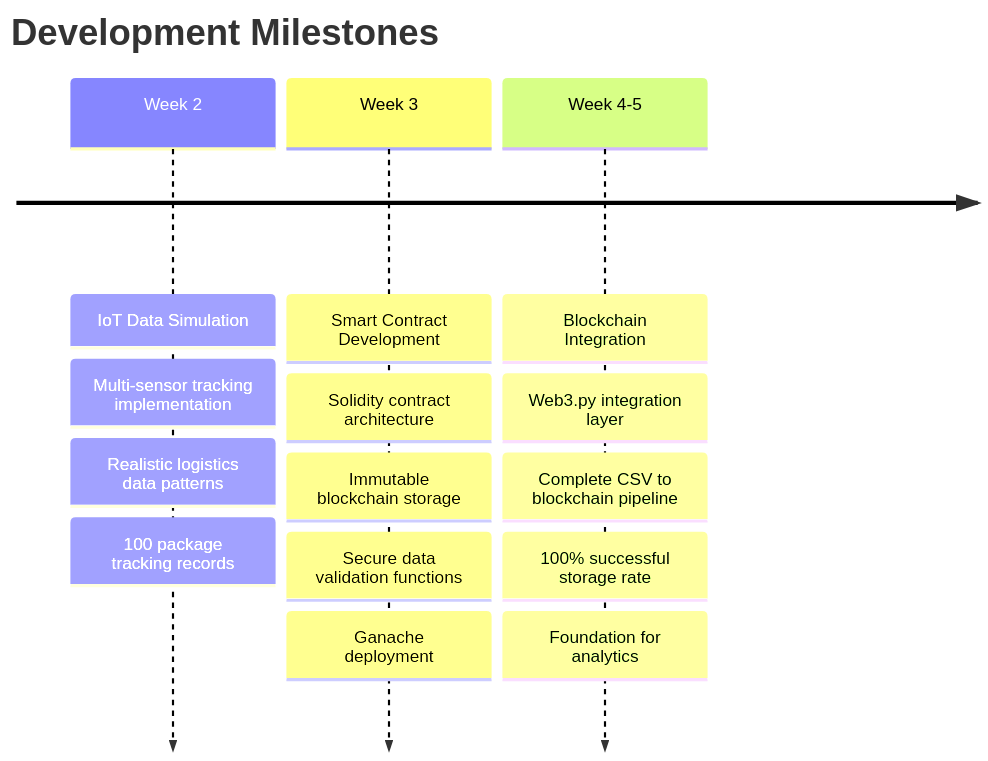
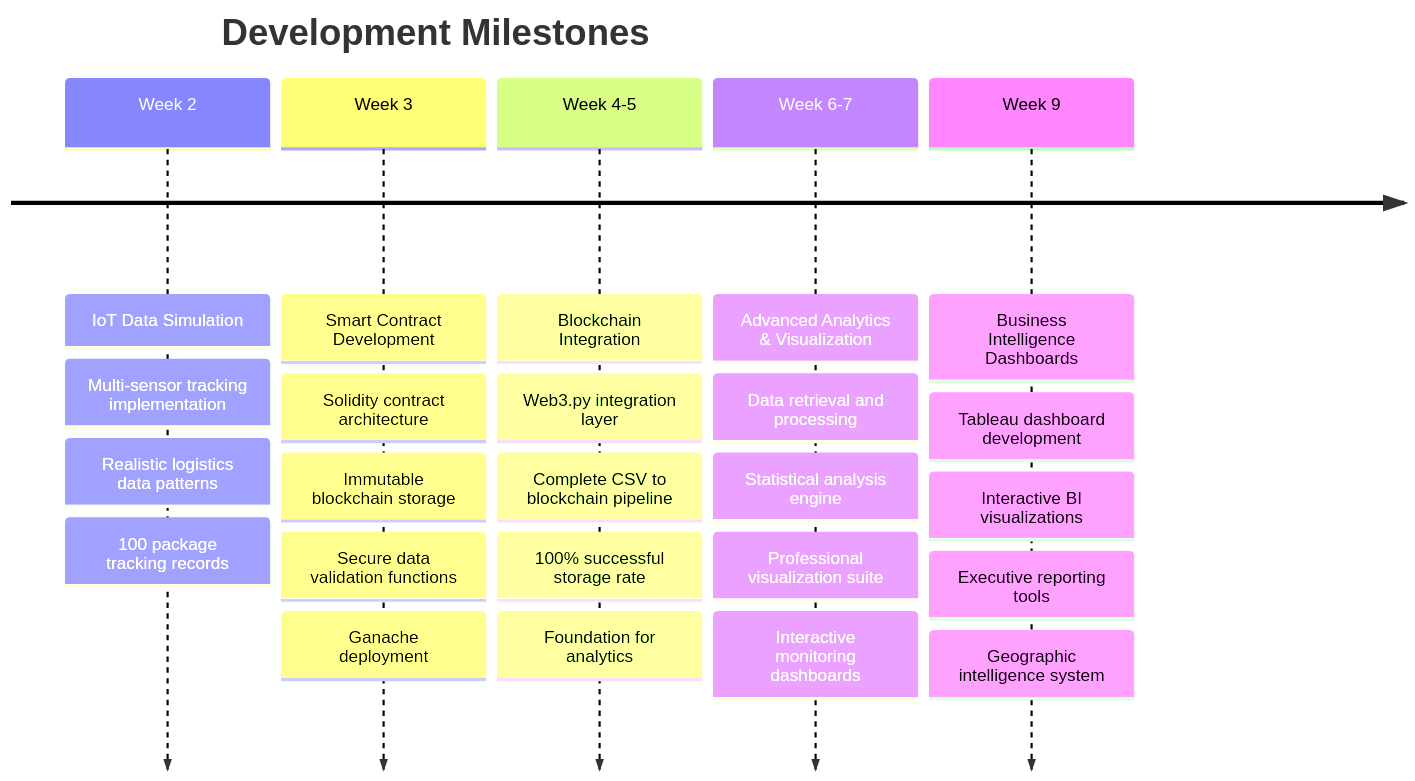
The sixth of 10 diagrams in README.mdx (joembolinas/IoT-Data-Simulation), drawn with Mermaid before and after one commit. The commit also changed other lines of this file, not shown here.

Commit message:
Update README with Week 9 Tableau Dashboard section

````diff
--- a/README.mdx
+++ b/README.mdx
@@ -304,21 +325,33 @@
 ```mermaid
 timeline
     title Development Milestones
     
     Week 2 : IoT Data Simulation
            : Multi-sensor tracking implementation
            : Realistic logistics data patterns
            : 100 package tracking records
     
     Week 3 : Smart Contract Development
            : Solidity contract architecture
            : Immutable blockchain storage
            : Secure data validation functions
            : Ganache deployment
     
     Week 4-5 : Blockchain Integration
              : Web3.py integration layer
              : Complete CSV to blockchain pipeline
              : 100% successful storage rate
              : Foundation for analytics
+    
+    Week 6-7 : Advanced Analytics & Visualization
+             : Data retrieval and processing
+             : Statistical analysis engine
+             : Professional visualization suite
+             : Interactive monitoring dashboards
+    
+    Week 9 : Business Intelligence Dashboards
+           : Tableau dashboard development
+           : Interactive BI visualizations
+           : Executive reporting tools
+           : Geographic intelligence system
 ```
````
